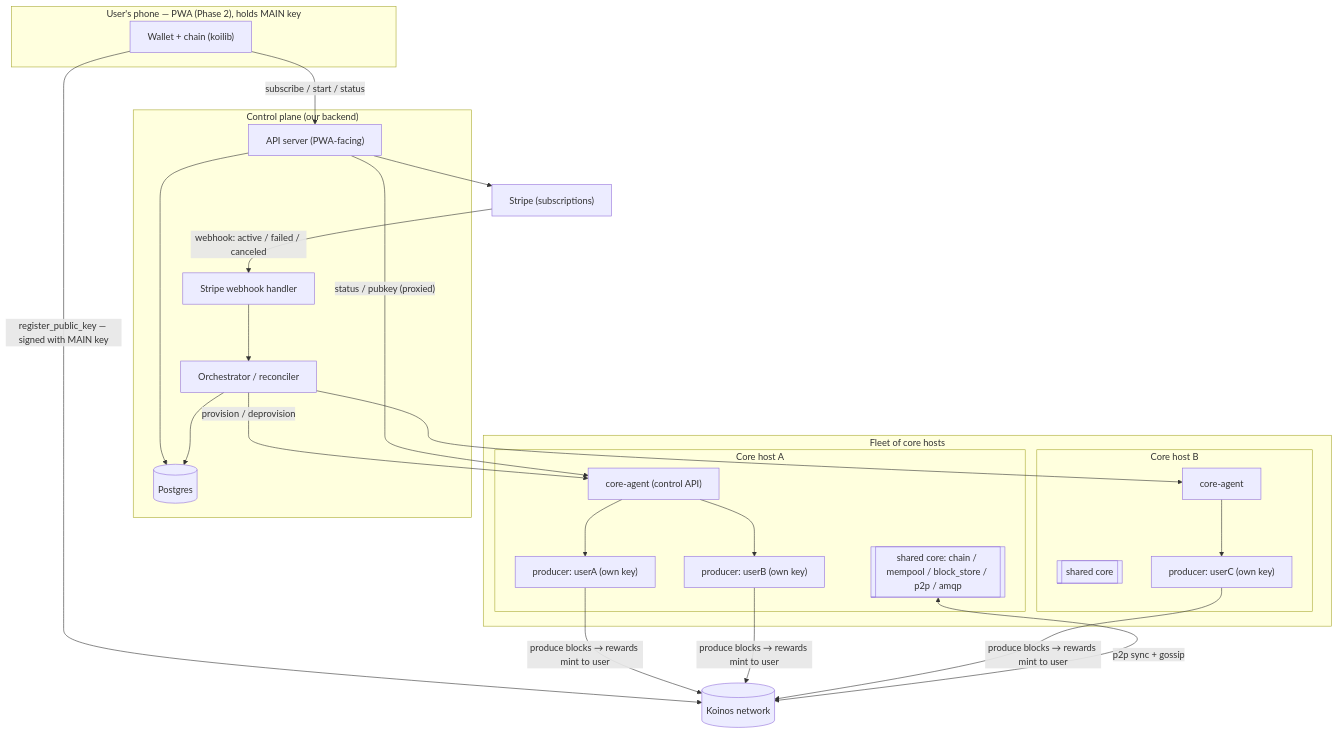
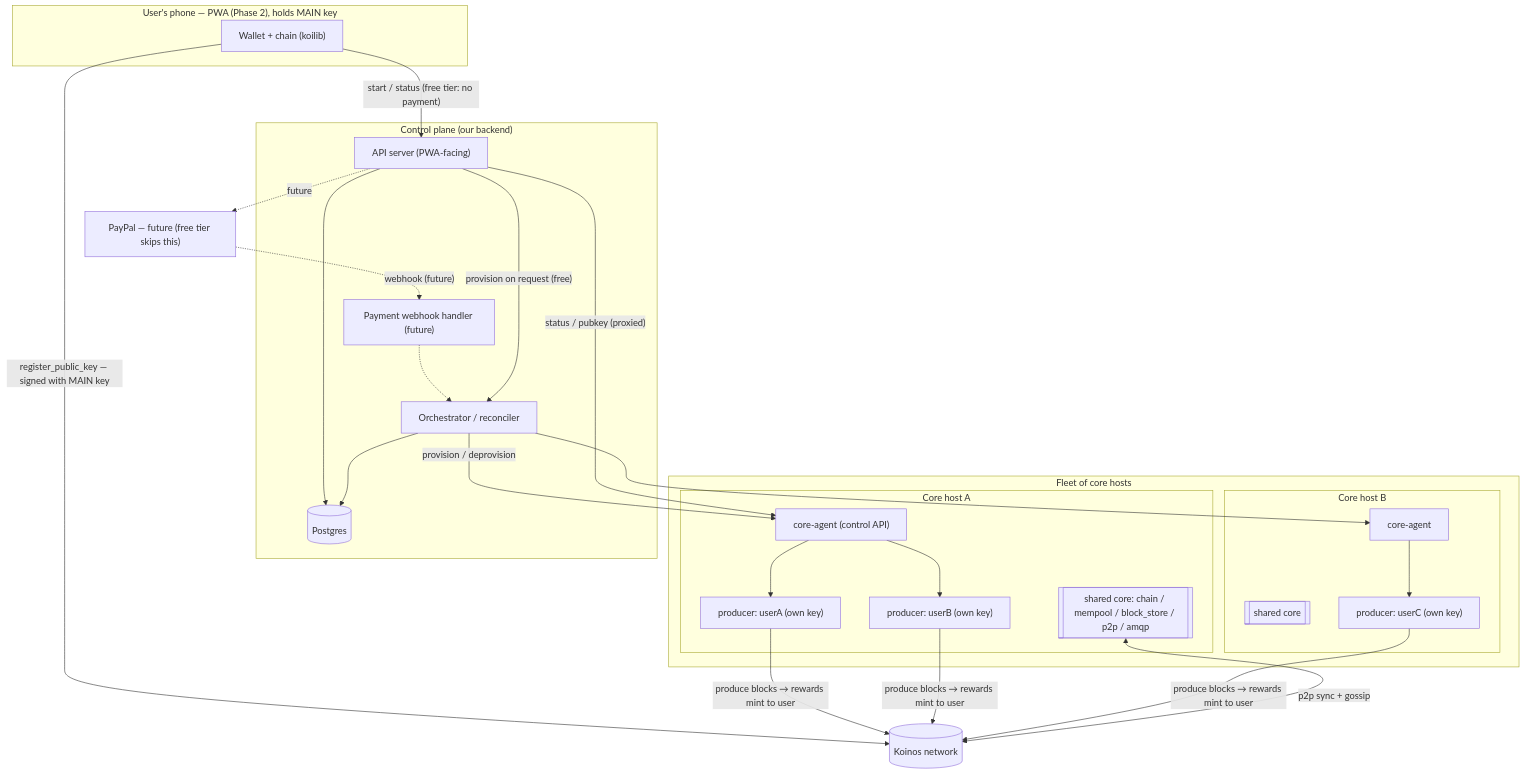
One commit to therexdev/Koinos-Node changed the first of 2 diagrams in docs/cloud-control-plane.md. Above: the diagram before and after it, drawn with Mermaid. The commit also changed other lines of this file and 4 other files, not shown here.

````diff
--- a/docs/cloud-control-plane.md
+++ b/docs/cloud-control-plane.md
@@ -26,46 +33,47 @@
 ```mermaid
 flowchart TB
   subgraph Phone["User's phone — PWA (Phase 2), holds MAIN key"]
     W["Wallet + chain (koilib)"]
   end
 
   subgraph CP["Control plane (our backend)"]
     API["API server (PWA-facing)"]
     ORCH["Orchestrator / reconciler"]
-    BILL["Stripe webhook handler"]
+    BILL["Payment webhook handler (future)"]
     DB[("Postgres")]
   end
 
-  S["Stripe (subscriptions)"]
+  S["PayPal — future (free tier skips this)"]
 
   subgraph Fleet["Fleet of core hosts"]
     subgraph CoreA["Core host A"]
       CA1["core-agent (control API)"]
       COREA[["shared core: chain / mempool / block_store / p2p / amqp"]]
       PA1["producer: userA (own key)"]
       PA2["producer: userB (own key)"]
     end
     subgraph CoreB["Core host B"]
       CA2["core-agent"]
       COREB[["shared core"]]
       PB1["producer: userC (own key)"]
     end
   end
 
   KN[("Koinos network")]
 
-  W -->|"subscribe / start / status"| API
-  API --> S
-  S -->|"webhook: active / failed / canceled"| BILL
-  BILL --> ORCH
+  W -->|"start / status (free tier: no payment)"| API
+  API -.->|"future"| S
+  S -.->|"webhook (future)"| BILL
+  BILL -.-> ORCH
+  API -->|"provision on request (free)"| ORCH
   API --> DB
   ORCH --> DB
   ORCH -->|"provision / deprovision"| CA1
   ORCH --> CA2
   API -->|"status / pubkey (proxied)"| CA1
   CA1 --> PA1 & PA2
   CA2 --> PB1
   W -->|"register_public_key — signed with MAIN key"| KN
   PA1 & PA2 & PB1 -->|"produce blocks → rewards mint to user"| KN
   COREA <-->|"p2p sync + gossip"| KN
 ```
````
